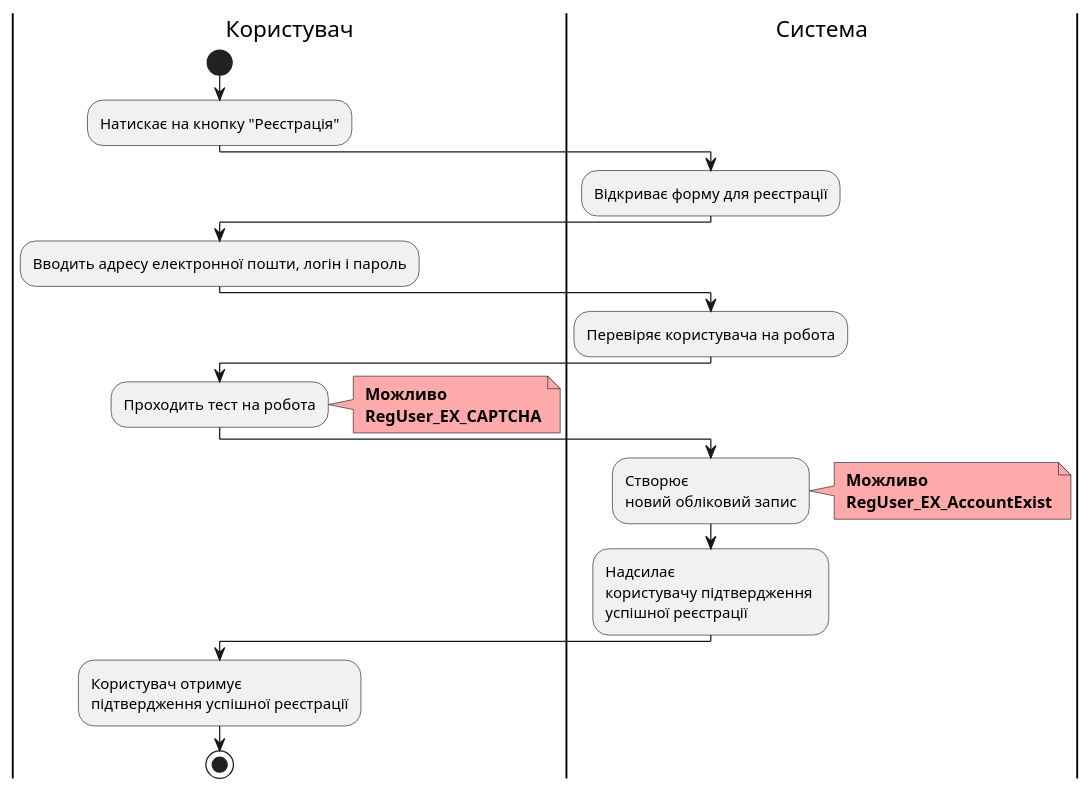
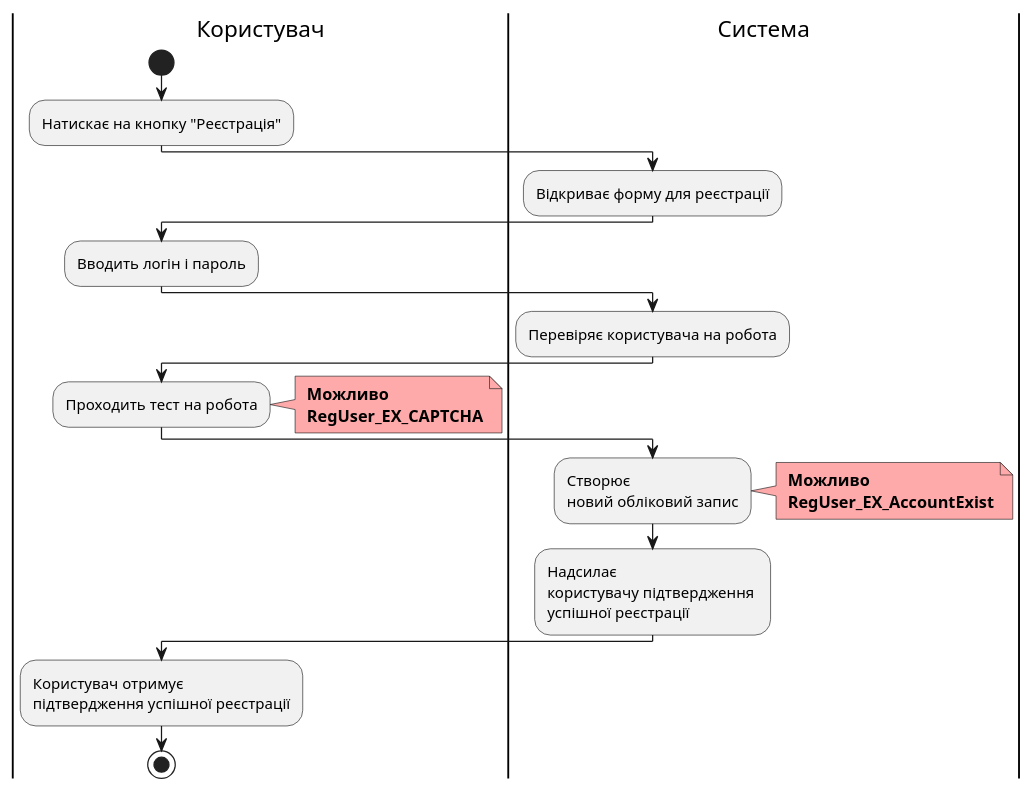
One commit to boldak/edu-db-cw changed the sixth of 22 diagrams in docs/use cases/README.md. Above: the diagram before and after it, drawn with PlantUML. The commit also changed other lines of this file and 1 other file, not shown here.

```diff
--- a/docs/use cases/README.md
+++ b/docs/use cases/README.md
@@ -290,40 +290,40 @@
 @startuml
 
     |Користувач|
         start
         :Натискає на кнопку "Реєстрація";
         
     |Система|
         :Відкриває форму для реєстрації;
         
     |Користувач|
-        :Вводить адресу електронної пошти, логін і пароль;
+        :Вводить логін і пароль;
         
     |Система|
         :Перевіряє користувача на робота;
         
     |Користувач|
         :Проходить тест на робота;
         note right #ffaaaa
         <b> Можливо
         <b> RegUser_EX_CAPTCHA
         end note
         
     |Система|
         :Створює 
         новий обліковий запис;
         note right #ffaaaa
         <b> Можливо
         <b> RegUser_EX_AccountExist
         end note
         
         :Надсилає
         користувачу підтвердження 
         успішної реєстрації;
         
     |Користувач|
         :Користувач отримує 
         підтвердження успішної реєстрації;
         stop;
 
 @enduml
```
